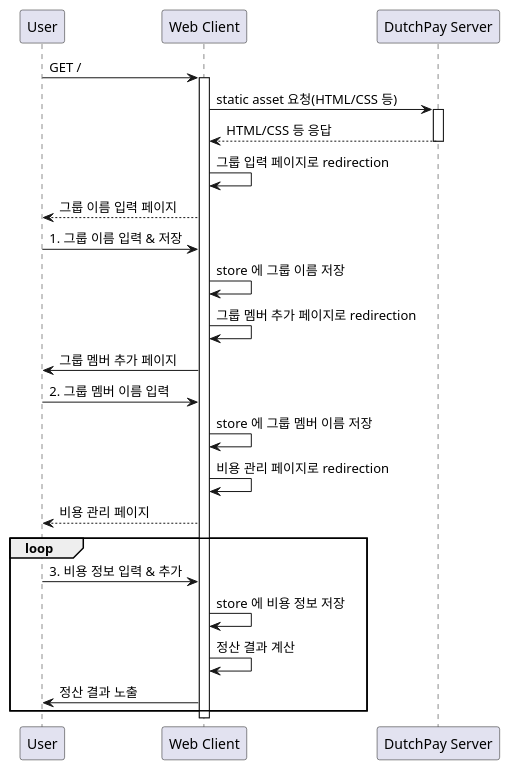
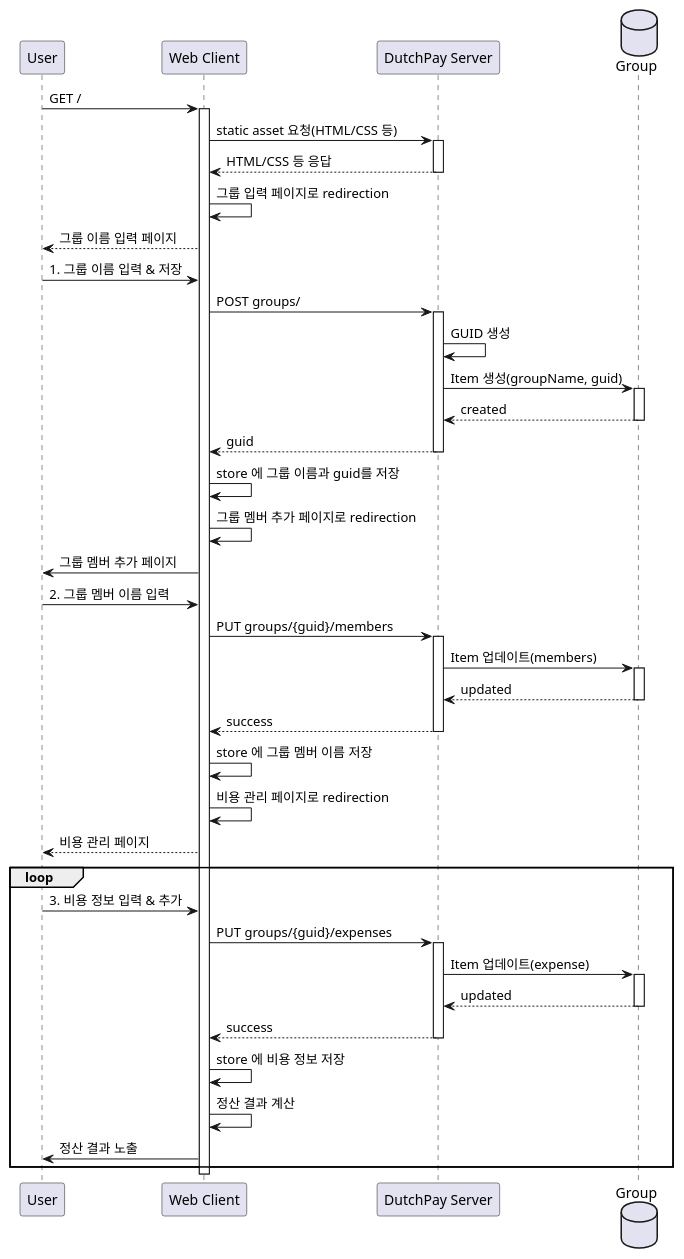
One commit to iamkimseunghyun/dutchpay-service changed the diagram in docs/sequence_diagram.plantuml. Above: the diagram before and after it, drawn with PlantUML.

Commit message:
diagram plant updated

```diff
--- a/docs/sequence_diagram.plantuml
+++ b/docs/sequence_diagram.plantuml
@@ -1,34 +1,60 @@
 @startuml
 participant User
 participant "Web Client" as C
 participant "DutchPay Server" as S
+database "Group" as DB
 
 User -> C: GET /
 activate C
 C -> S: static asset 요청(HTML/CSS 등)
 activate S
 S --> C: HTML/CSS 등 응답
 deactivate S
 C -> C: 그룹 입력 페이지로 redirection
 C --> User: 그룹 이름 입력 페이지
 
 User -> C: 1. 그룹 이름 입력 & 저장
-C -> C: store 에 그룹 이름 저장
+C -> S: POST groups/
+activate S
+S -> S : GUID 생성
+S -> DB: Item 생성(groupName, guid)
+activate DB
+DB --> S : created
+deactivate DB
+S --> C: guid
+deactivate S
+C -> C: store 에 그룹 이름과 guid를 저장
 C -> C: 그룹 멤버 추가 페이지로 redirection
 
 C -> User: 그룹 멤버 추가 페이지
 User -> C: 2. 그룹 멤버 이름 입력
+C -> S: PUT groups/{guid}/members
+activate S
+S -> DB: Item 업데이트(members)
+activate DB
+DB --> S: updated
+deactivate DB
+S --> C: success
+deactivate S
 C -> C: store 에 그룹 멤버 이름 저장
 C -> C: 비용 관리 페이지로 redirection
 C --> User: 비용 관리 페이지
 
 loop
 User -> C: 3. 비용 정보 입력 & 추가
+C -> S: PUT groups/{guid}/expenses
+activate S
+S -> DB: Item 업데이트(expense)
+activate DB
+DB --> S: updated
+deactivate DB
+S --> C: success
+deactivate S
 C -> C: store 에 비용 정보 저장
 C -> C: 정산 결과 계산
 C -> User: 정산 결과 노출
 end
 
 deactivate C
 
 @enduml
```
